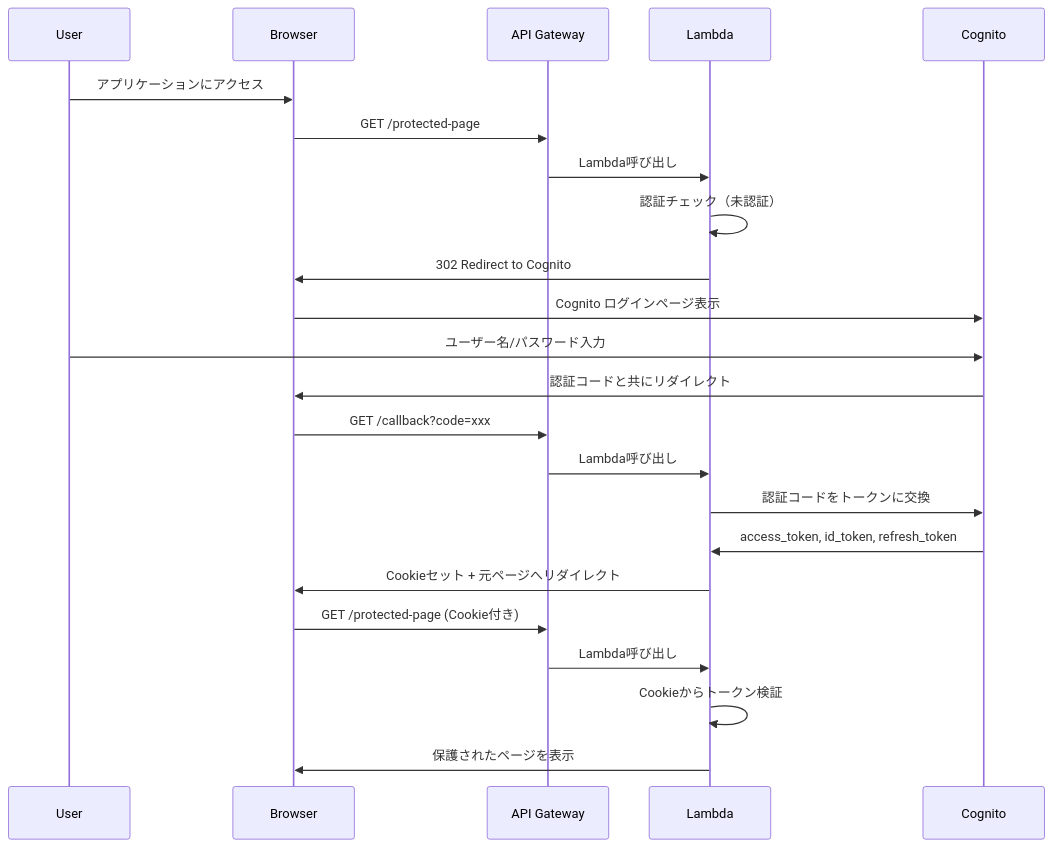
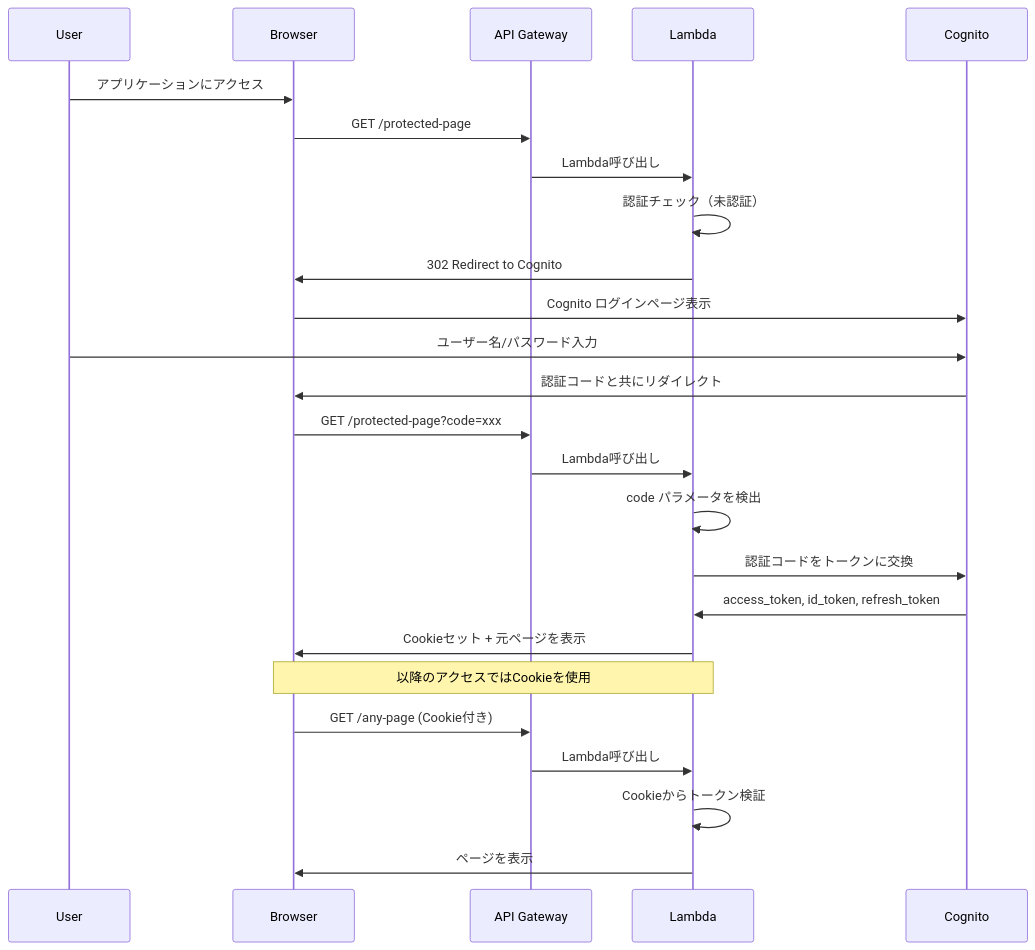
Before and after one commit to h-akira/wambda: the first of 2 diagrams in design/02_authentication.md, drawn with Mermaid. The commit also changed other lines of this file and 4 other files, not shown here.

````diff
--- a/design/02_authentication.md
+++ b/design/02_authentication.md
@@ -17,26 +22,29 @@
 ```mermaid
 sequenceDiagram
     participant U as User
     participant B as Browser
     participant AG as API Gateway
     participant L as Lambda
     participant C as Cognito
     
     U->>B: アプリケーションにアクセス
     B->>AG: GET /protected-page
     AG->>L: Lambda呼び出し
     L->>L: 認証チェック（未認証）
     L->>B: 302 Redirect to Cognito
     B->>C: Cognito ログインページ表示
     U->>C: ユーザー名/パスワード入力
     C->>B: 認証コードと共にリダイレクト
-    B->>AG: GET /callback?code=xxx
+    B->>AG: GET /protected-page?code=xxx
     AG->>L: Lambda呼び出し
+    L->>L: code パラメータを検出
     L->>C: 認証コードをトークンに交換
     C->>L: access_token, id_token, refresh_token
-    L->>B: Cookieセット + 元ページへリダイレクト
-    B->>AG: GET /protected-page (Cookie付き)
+    L->>B: Cookieセット + 元ページを表示
+    
+    Note over B,L: 以降のアクセスではCookieを使用
+    B->>AG: GET /any-page (Cookie付き)
     AG->>L: Lambda呼び出し
     L->>L: Cookieからトークン検証
-    L->>B: 保護されたページを表示
+    L->>B: ページを表示
 ```
````
